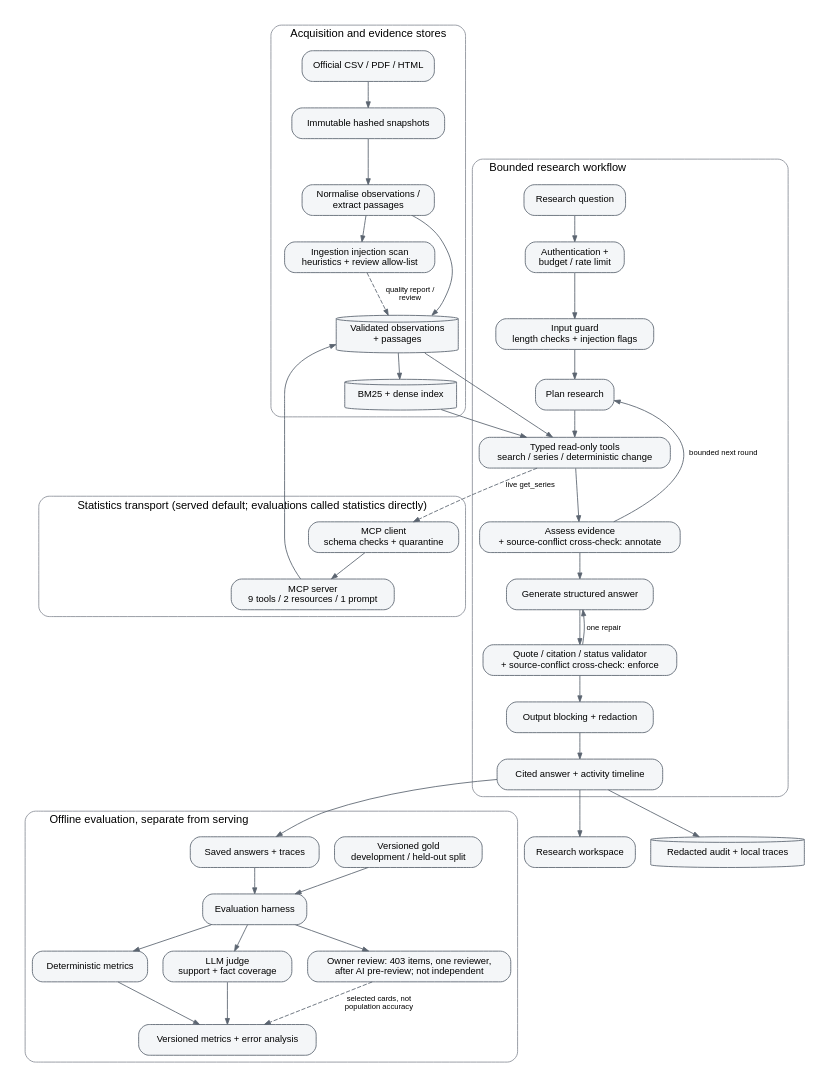
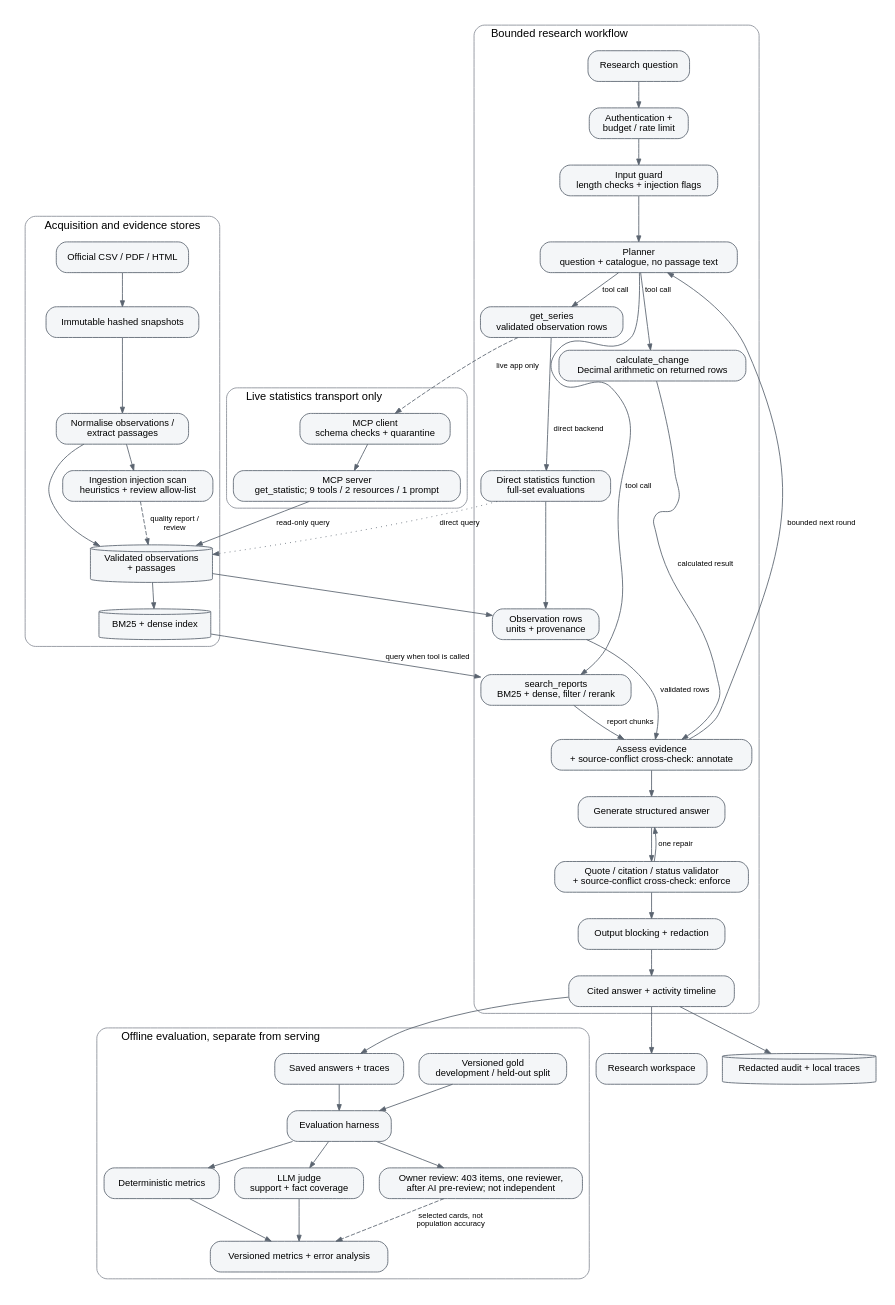
The diagram in docs/img/architecture.dot (mihirkhandekar/labourlens), drawn with Graphviz before and after one commit. The commit also changed 21 other files, not shown here.

Commit message:
Deck and report: flow reorder, tool-flow graphics, same-set retrieval comparison, titles without leading articles; docs synced (D-063)

```diff
--- a/docs/img/architecture.dot
+++ b/docs/img/architecture.dot
@@ -1,57 +1,74 @@
 // Source of docs/img/architecture.svg. Same content as the Mermaid diagram in docs/architecture.md section 2.
 // Render: dot -Tsvg docs/img/architecture.dot -o docs/img/architecture.svg
 digraph labourlens {
   rankdir=TB; compound=true; newrank=true; nodesep=0.25; ranksep=0.4;
   graph [fontname="Helvetica", fontsize=13, labeljust=l, style="rounded", color="#8a8f98", bgcolor="white", pad=0.2];
   node  [fontname="Helvetica", fontsize=11, shape=box, style="rounded,filled", fillcolor="#f4f6f8", color="#5b6470"];
   edge  [fontname="Helvetica", fontsize=9, color="#5b6470", arrowsize=0.7];
 
   subgraph cluster_data { label="Acquisition and evidence stores";
     SOURCE [label="Official CSV / PDF / HTML"];
     SNAP   [label="Immutable hashed snapshots"];
     PARSE  [label="Normalise observations /\nextract passages"];
     SCAN   [label="Ingestion injection scan\nheuristics + review allow-list"];
     STORE  [label="Validated observations\n+ passages", shape=cylinder];
     INDEX  [label="BM25 + dense index", shape=cylinder];
     SOURCE -> SNAP -> PARSE; PARSE -> SCAN; PARSE -> STORE -> INDEX;
     SCAN -> STORE [style=dashed, label="quality report /\nreview"];
   }
   subgraph cluster_runtime { label="Bounded research workflow";
     USER   [label="Research question"];
     ADMIT  [label="Authentication +\nbudget / rate limit"];
     INPUT  [label="Input guard\nlength checks + injection flags"];
-    PLAN   [label="Plan research"];
-    TOOLS  [label="Typed read-only tools\nsearch / series / deterministic change"];
+    PLAN   [label="Planner\nquestion + catalogue, no passage text"];
+    SEARCH [label="search_reports\nBM25 + dense, filter / rerank"];
+    SERIES [label="get_series\nvalidated observation rows"];
+    CALC   [label="calculate_change\nDecimal arithmetic on returned rows"];
+    DIRECT [label="Direct statistics function\nfull-set evaluations"];
+    OBS    [label="Observation rows\nunits + provenance"];
     ASSESS [label="Assess evidence\n+ source-conflict cross-check: annotate"];
     ANSWER [label="Generate structured answer"];
     VALID  [label="Quote / citation / status validator\n+ source-conflict cross-check: enforce"];
     REDACT [label="Output blocking + redaction"];
     OUT    [label="Cited answer + activity timeline"];
-    USER -> ADMIT -> INPUT -> PLAN -> TOOLS -> ASSESS -> ANSWER -> VALID -> REDACT -> OUT;
-    ASSESS -> PLAN   [label="bounded next round", constraint=false];
+    USER -> ADMIT -> INPUT -> PLAN;
+    PLAN -> SEARCH [label="tool call"];
+    PLAN -> SERIES [label="tool call"];
+    PLAN -> CALC [label="tool call"];
+    SEARCH -> ASSESS [label="report chunks"];
+    OBS -> ASSESS [label="validated rows"];
+    SERIES -> DIRECT [label="direct backend"];
+    DIRECT -> OBS;
+    CALC -> ASSESS [label="calculated result"];
+    ASSESS -> ANSWER;
+    ASSESS -> PLAN [label="bounded next round", constraint=false];
     VALID  -> ANSWER [label="one repair", constraint=false];
+    ANSWER -> VALID -> REDACT -> OUT;
   }
-  subgraph cluster_mcp { label="Statistics transport (served default; evaluations called statistics directly)";
+  subgraph cluster_mcp { label="Live statistics transport only";
     CLIENT [label="MCP client\nschema checks + quarantine"];
-    SERVER [label="MCP server\n9 tools / 2 resources / 1 prompt"];
+    SERVER [label="MCP server\nget_statistic; 9 tools / 2 resources / 1 prompt"];
     CLIENT -> SERVER;
   }
+  SERIES -> CLIENT [style=dashed, label="live app only"];
+  SERVER -> STORE [label="read-only query"];
+  DIRECT -> STORE [style=dotted, label="direct query"];
+  STORE -> OBS;
+
   subgraph cluster_eval { label="Offline evaluation, separate from serving";
     GOLD    [label="Versioned gold\ndevelopment / held-out split"];
     RUNS    [label="Saved answers + traces"];
     HARNESS [label="Evaluation harness"];
     DETER   [label="Deterministic metrics"];
     JUDGE   [label="LLM judge\nsupport + fact coverage"];
     HUMAN   [label="Owner review: 403 items, one reviewer,\nafter AI pre-review; not independent"];
     REPORT  [label="Versioned metrics + error analysis"];
     GOLD -> HARNESS; RUNS -> HARNESS; HARNESS -> DETER -> REPORT; HARNESS -> JUDGE -> REPORT;
     HARNESS -> HUMAN; HUMAN -> REPORT [style=dashed, label="selected cards, not\npopulation accuracy"];
   }
   WEB   [label="Research workspace"];
   AUDIT [label="Redacted audit + local traces", shape=cylinder];
 
-  INDEX -> TOOLS; STORE -> TOOLS;
-  TOOLS -> CLIENT [style=dashed, label="live get_series"];
-  SERVER -> STORE;
+  INDEX -> SEARCH [label="query when tool is called"];
   OUT -> RUNS; OUT -> WEB; OUT -> AUDIT;
 }
```
